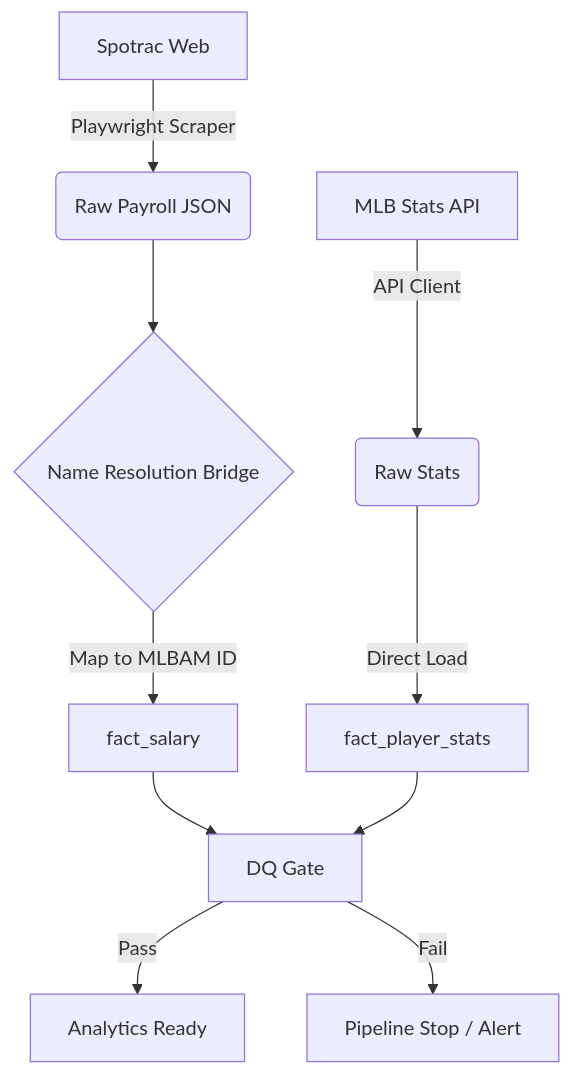
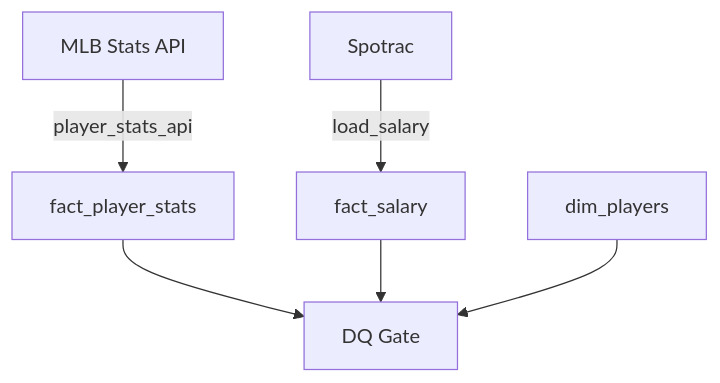
One commit to sukminc/bluejays-financial-mlops changed the diagram in README.md. Above: the diagram before and after it, drawn with Mermaid. The commit also changed other lines of this file, not shown here.

````diff
--- a/README.md
+++ b/README.md
@@ -42,16 +42,9 @@
 ```mermaid
 graph TD
-    A[Spotrac Web] -->|Playwright Scraper| B(Raw Payroll JSON)
-    C[MLB Stats API] -->|API Client| D(Raw Stats)
+    A[MLB Stats API] -->|player_stats_api| B[fact_player_stats]
+    C[Spotrac] -->|load_salary| D[fact_salary]
     
-    B --> E{Name Resolution Bridge}
-    E -->|Map to MLBAM ID| F[fact_salary]
-    D -->|Direct Load| G[fact_player_stats]
-    
-    F --> H[DQ Gate]
-    G --> H
-    
-    H -->|Pass| I[Analytics Ready]
-    H -->|Fail| J[Pipeline Stop / Alert]
-
+    B --> E[DQ Gate]
+    D --> E
+    F[dim_players] --> E
 ```
````
